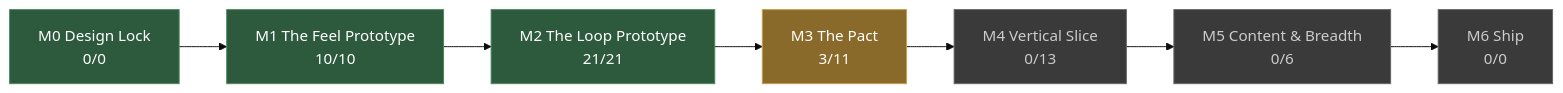
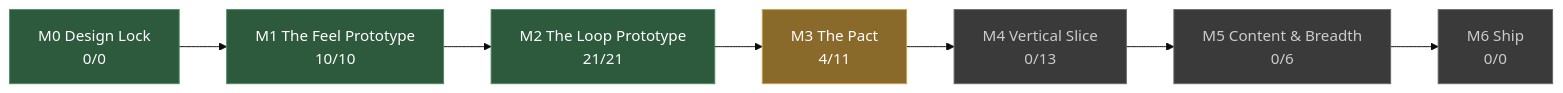
Before and after one commit to JoshuaGessner/she: the diagram in docs/STATUS.md, drawn with Mermaid (base theme). The commit also changed other lines of this file and 27 other files, not shown here.

````diff
--- a/docs/STATUS.md
+++ b/docs/STATUS.md
@@ -13,19 +13,19 @@
 ```mermaid
 flowchart LR
   M0["M0 Design Lock<br/>0/0"]:::passed
   M1["M1 The Feel Prototype<br/>10/10"]:::passed
   M0 --> M1
   M2["M2 The Loop Prototype<br/>21/21"]:::passed
   M1 --> M2
-  M3["M3 The Pact<br/>3/11"]:::current
+  M3["M3 The Pact<br/>4/11"]:::current
   M2 --> M3
   M4["M4 Vertical Slice<br/>0/13"]:::ahead
   M3 --> M4
   M5["M5 Content & Breadth<br/>0/6"]:::ahead
   M4 --> M5
   M6["M6 Ship<br/>0/0"]:::ahead
   M5 --> M6
   classDef passed fill:#2d5a3d,stroke:#4a8a5f,color:#fff
   classDef current fill:#8a6a2a,stroke:#c8a04a,color:#fff
   classDef ahead fill:#3a3a3a,stroke:#666,color:#ccc
 ```
````
